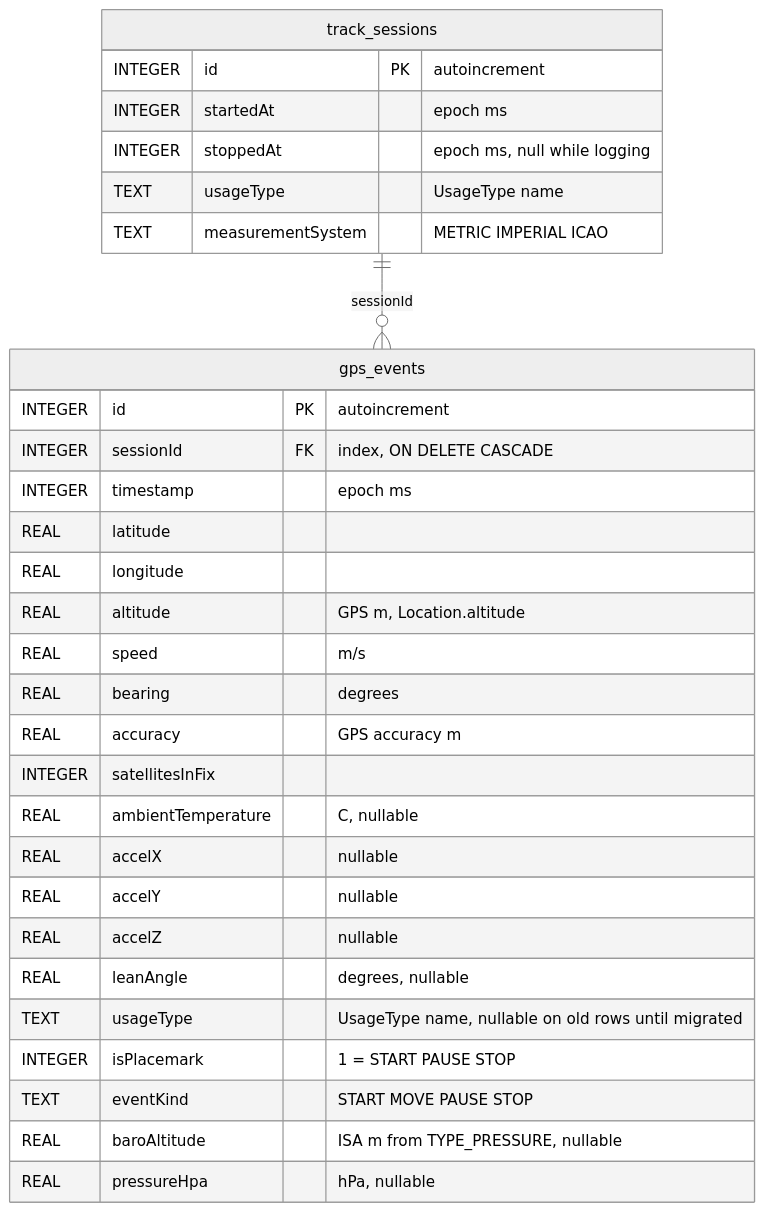
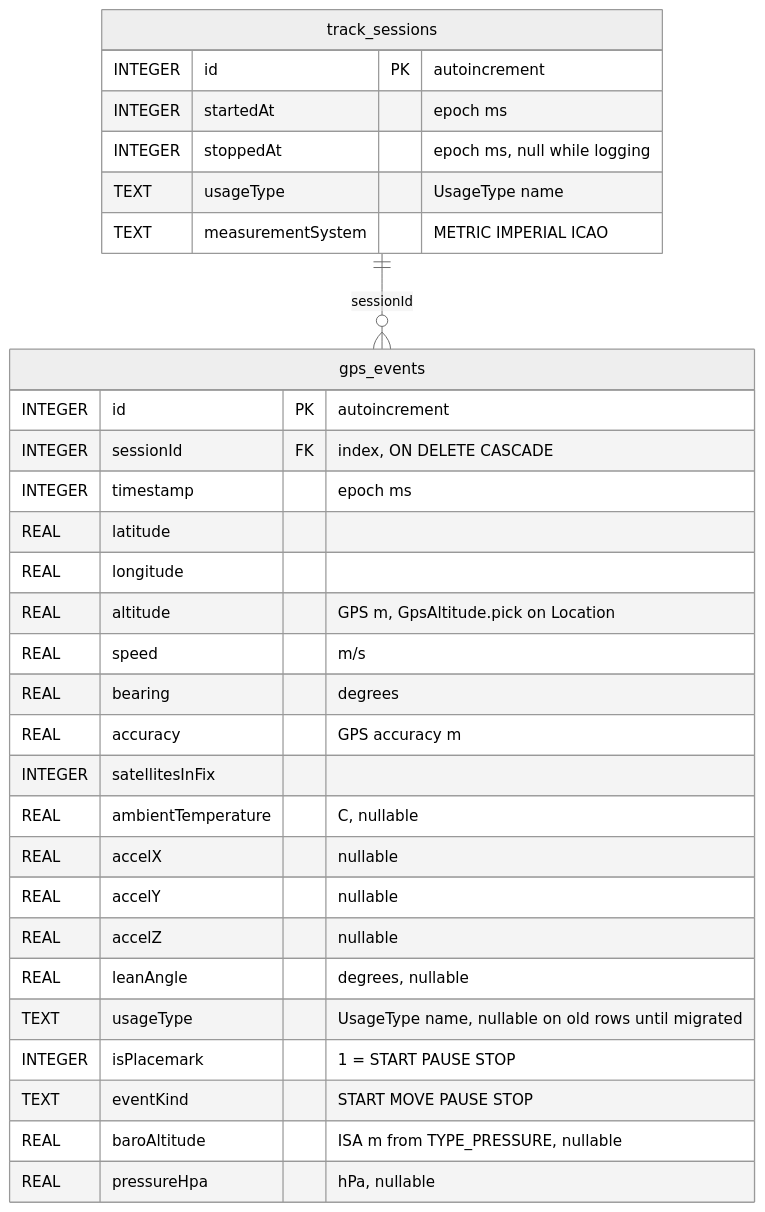
The diagram in docs/DBSTRUCT-en.md (lkovari/gtl), drawn with Mermaid (neutral theme) before and after one commit. The commit also changed other lines of this file and 36 other files, not shown here.

````diff
--- a/docs/DBSTRUCT-en.md
+++ b/docs/DBSTRUCT-en.md
@@ -8,35 +8,35 @@
 ```mermaid
 erDiagram
     track_sessions ||--o{ gps_events : "sessionId"
 
     track_sessions {
         INTEGER id PK "autoincrement"
         INTEGER startedAt "epoch ms"
         INTEGER stoppedAt "epoch ms, null while logging"
         TEXT usageType "UsageType name"
         TEXT measurementSystem "METRIC IMPERIAL ICAO"
     }
 
     gps_events {
         INTEGER id PK "autoincrement"
         INTEGER sessionId FK "index, ON DELETE CASCADE"
         INTEGER timestamp "epoch ms"
         REAL latitude
         REAL longitude
-        REAL altitude "GPS m, Location.altitude"
+        REAL altitude "GPS m, GpsAltitude.pick on Location"
         REAL speed "m/s"
         REAL bearing "degrees"
         REAL accuracy "GPS accuracy m"
         INTEGER satellitesInFix
         REAL ambientTemperature "C, nullable"
         REAL accelX "nullable"
         REAL accelY "nullable"
         REAL accelZ "nullable"
         REAL leanAngle "degrees, nullable"
         TEXT usageType "UsageType name, nullable on old rows until migrated"
         INTEGER isPlacemark "1 = START PAUSE STOP"
         TEXT eventKind "START MOVE PAUSE STOP"
         REAL baroAltitude "ISA m from TYPE_PRESSURE, nullable"
         REAL pressureHpa "hPa, nullable"
     }
 ```
````
